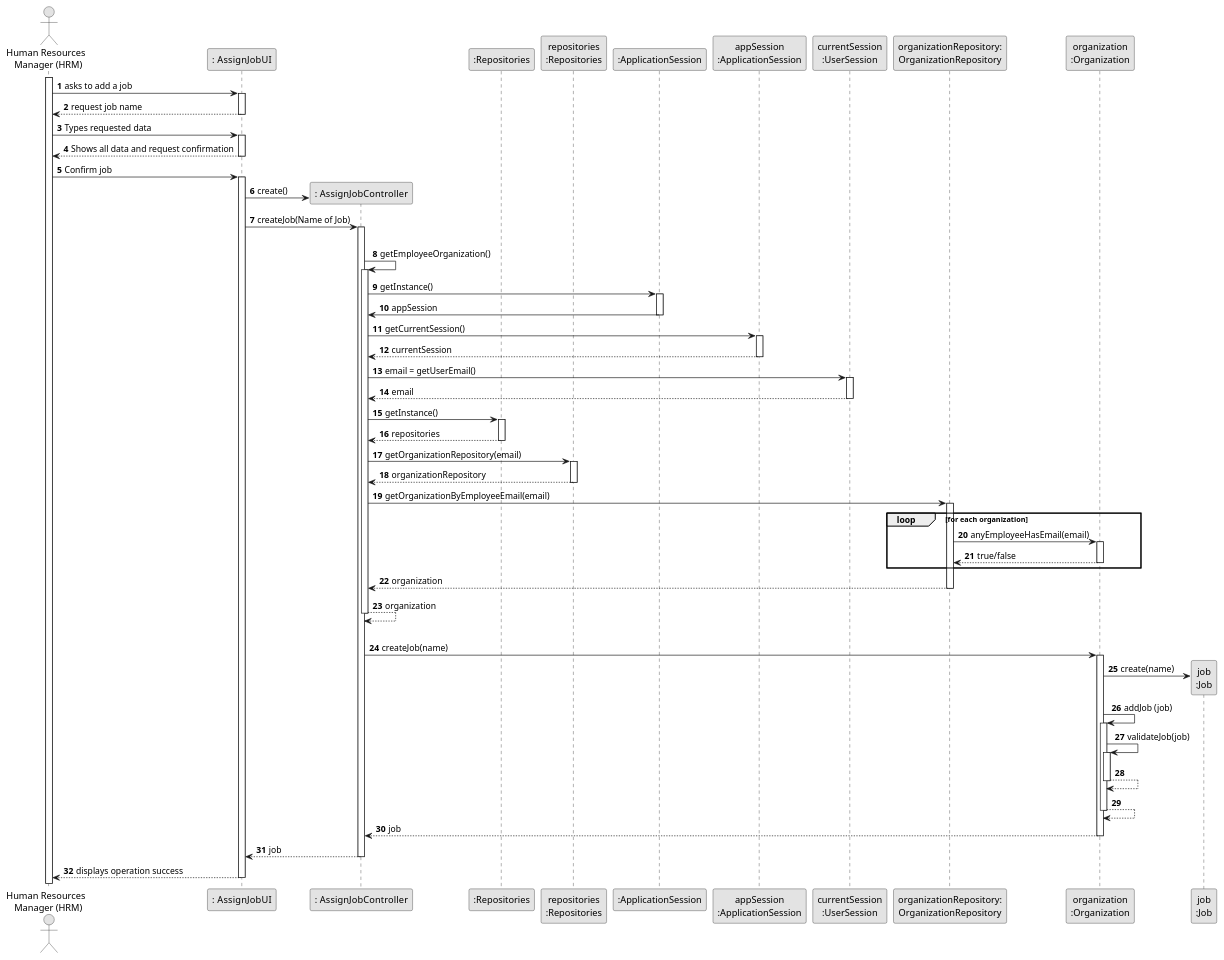
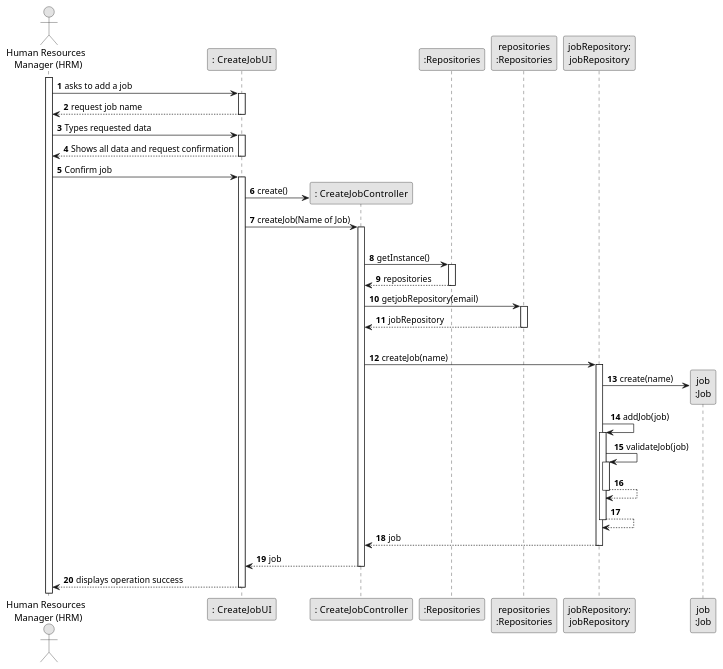
The diagram in docs/sprintB/us002/03.design/puml/us002-sequence-diagram-full.puml (Departamento-de-Engenharia-Informatica/lei-24-s2-1dkl-g134), drawn with PlantUML before and after one commit.

Commit message:
US02 design revamp

```diff
--- a/docs/sprintB/us002/03.design/puml/us002-sequence-diagram-full.puml
+++ b/docs/sprintB/us002/03.design/puml/us002-sequence-diagram-full.puml
@@ -1,125 +1,77 @@
 @startuml
 skinparam monochrome true
 skinparam packageStyle rectangle
 skinparam shadowing false
 
 autonumber
 
 'hide footbox
 actor "Human Resources \n Manager (HRM)" as ADM
-participant ":  AssignJobUI" as UI
-participant ":  AssignJobController" as CTRL
+participant ":  CreateJobUI" as UI
+participant ":  CreateJobController" as CTRL
 participant ":Repositories" as RepositorySingleton
 participant "repositories\n:Repositories" as PLAT
-participant ":ApplicationSession" as _APP
-participant "appSession\n:ApplicationSession" as APP
-participant "currentSession\n:UserSession" as SESSAO
-participant "organizationRepository:\nOrganizationRepository" as OrganizationRepository
-participant "organization\n:Organization" as ORG
+participant "jobRepository:\njobRepository" as JobRepository
 participant "job\n:Job" as JOB
 
 activate ADM
 
         ADM -> UI : asks to add a job
 
         activate UI
 '
             UI --> ADM : request job name
 
          deactivate UI
 
             ADM -> UI : Types requested data
 
          activate UI
 
            UI --> ADM : Shows all data and request confirmation
 
          deactivate UI
 
             ADM -> UI : Confirm job
     activate UI
         UI -> CTRL** : create()
 
         UI -> CTRL : createJob(Name of Job)
         activate CTRL
 
-                |||
-                CTRL -> CTRL : getEmployeeOrganization()
-                activate CTRL
+            |||
+            CTRL -> RepositorySingleton: getInstance()
+            activate RepositorySingleton
 
-                    CTRL -> _APP: getInstance()
-                    activate _APP
-                        _APP -> CTRL: appSession
-                    deactivate _APP
+            RepositorySingleton --> CTRL: repositories
+            deactivate RepositorySingleton
 
+            CTRL -> PLAT: getjobRepository(email)
+            activate PLAT
 
-                    CTRL -> APP: getCurrentSession()
-                    activate APP
+                PLAT --> CTRL: jobRepository
+            deactivate PLAT
+            |||
+            CTRL -> JobRepository: createJob(name)
+            activate JobRepository
 
-                        APP --> CTRL: currentSession
-                    deactivate APP
+                JobRepository -> JOB**: create(name)
+                JobRepository -> JobRepository: addJob(job)
+                activate JobRepository
+                    JobRepository -> JobRepository: validateJob(job)
+                    activate JobRepository
+                    JobRepository --> JobRepository
+                    deactivate JobRepository
+                JobRepository --> JobRepository
+                deactivate JobRepository
 
-                    CTRL -> SESSAO: email = getUserEmail()
-                    activate SESSAO
+                JobRepository --> CTRL : job
 
-                        SESSAO --> CTRL: email
-                    deactivate SESSAO
-
-                    CTRL -> RepositorySingleton: getInstance()
-                    activate RepositorySingleton
-
-                    RepositorySingleton --> CTRL: repositories
-                    deactivate RepositorySingleton
-
-                    CTRL -> PLAT: getOrganizationRepository(email)
-                    activate PLAT
-
-                        PLAT --> CTRL: organizationRepository
-                    deactivate PLAT
-
-
-                    CTRL -> OrganizationRepository: getOrganizationByEmployeeEmail(email)
-                    activate OrganizationRepository
-
-                        loop for each organization
-
-                            OrganizationRepository -> ORG : anyEmployeeHasEmail(email)
-                            activate ORG
-
-                                 ORG --> OrganizationRepository : true/false
-                            deactivate ORG
-                        end
-                        OrganizationRepository --> CTRL : organization
-                    deactivate OrganizationRepository
-
-                    CTRL --> CTRL : organization
-                deactivate CTRL
-
-            |||
-            CTRL -> ORG: createJob(name)
-            activate ORG
-
-                ORG -> JOB**: create(name)
-                ORG -> ORG: addJob (job)
-
-
-                activate ORG
-                    ORG -> ORG: validateJob(job)
-                    activate ORG
-                    ORG --> ORG
-                    deactivate ORG
-                    ORG --> ORG
-
-
-                deactivate ORG
-
-                ORG --> CTRL : job
-
-            deactivate ORG
+            deactivate JobRepository
 
             CTRL --> UI: job
             deactivate CTRL
             UI --> ADM: displays operation success
     deactivate UI
 
 @enduml
```
